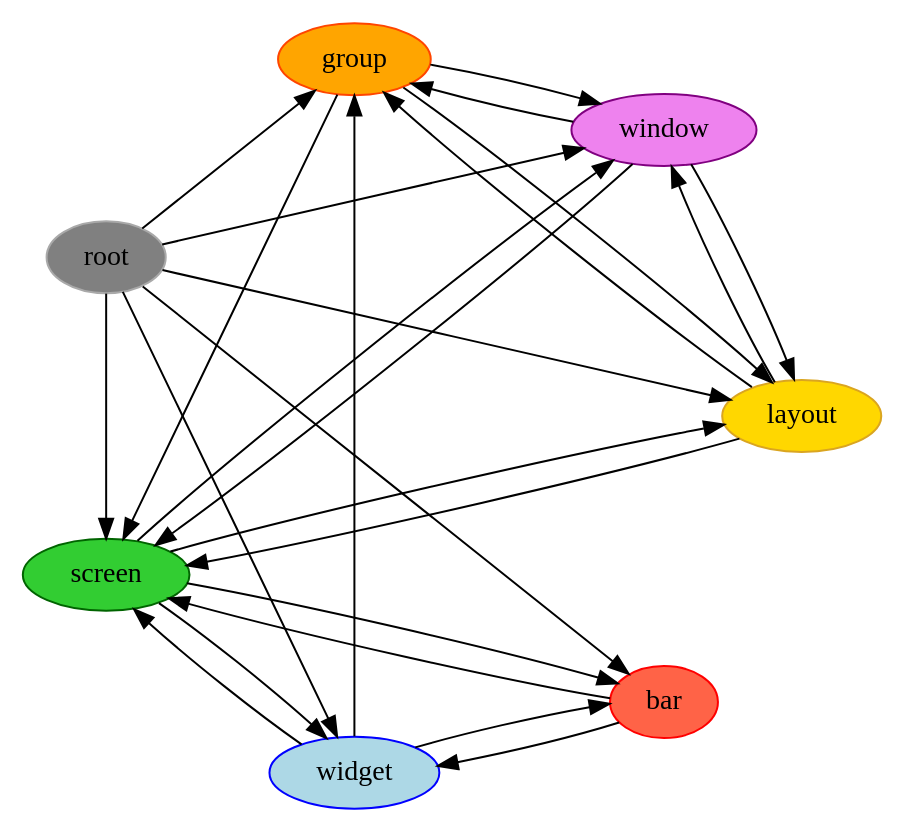
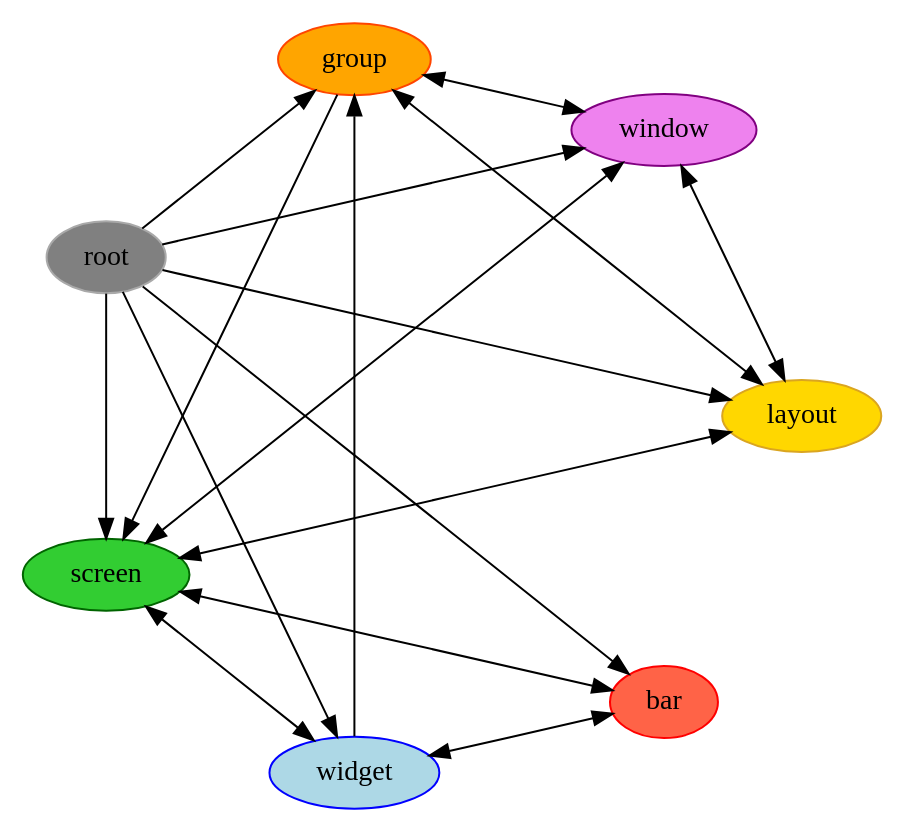
One commit to qtile/qtile changed the diagram in docs/_static/diagrams/object-graph-orig.dot. Above: the diagram before and after it, drawn with Graphviz.

Commit message:
Simplify graph diagram in docs

```diff
--- a/docs/_static/diagrams/object-graph-orig.dot
+++ b/docs/_static/diagrams/object-graph-orig.dot
@@ -1,57 +1,48 @@
 digraph G {
     layout = circo;
     root = "root";
     splines = true;
 
     node [style="filled", color=DarkGray, fillcolor=Gray, label="root"];
     root;
 
     node [style="filled", color=Red, fillcolor=Tomato, label="bar"];
     bar;
 
     node [style="filled", color=OrangeRed, fillcolor=Orange, label="group"];
     group;
 
     node [style="filled", color=Goldenrod, fillcolor=Gold, label="layout"]
     layout;
 
     node [style="filled", color=DarkGreen, fillcolor=LimeGreen, label="screen"];
     screen;
 
     node [style="filled", color=Blue, fillcolor=LightBlue, label="widget"];
     widget;
 
     node [style="filled", color=Purple, fillcolor=Violet, label="window"];
     window;
 
     root -> bar;
     root -> group;
     root -> layout;
     root -> screen;
     root -> widget;
     root -> window;
 
-    bar -> screen;
-    bar -> widget;
+    bar -> screen [dir=both];
+    bar -> widget [dir=both];
 
-    group -> layout;
+    group -> layout [dir=both];
     group -> screen;
-    group -> window;
+    group -> window [dir=both];
 
-    layout -> group;
-    layout -> screen;
-    layout -> window;
+    layout -> screen [dir=both];
+    layout -> window [dir=both];
 
-    screen -> bar;
-    screen -> layout;
-    screen -> window;
-    screen -> widget;
+    screen -> window [dir=both];
+    screen -> widget [dir=both];
 
-    widget -> bar;
     widget -> group;
-    widget -> screen;
-
-    window -> group;
-    window -> screen;
-    window -> layout;
 }
```
